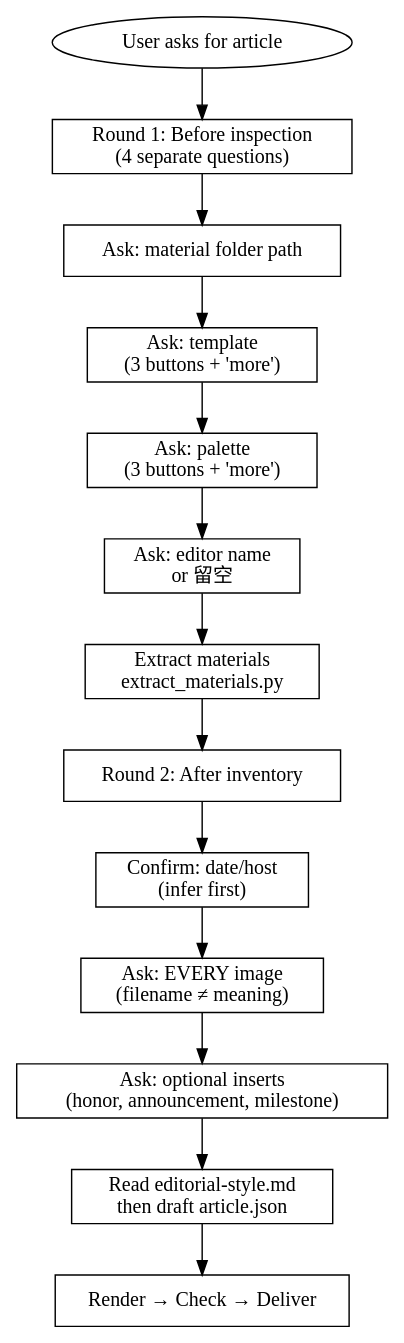
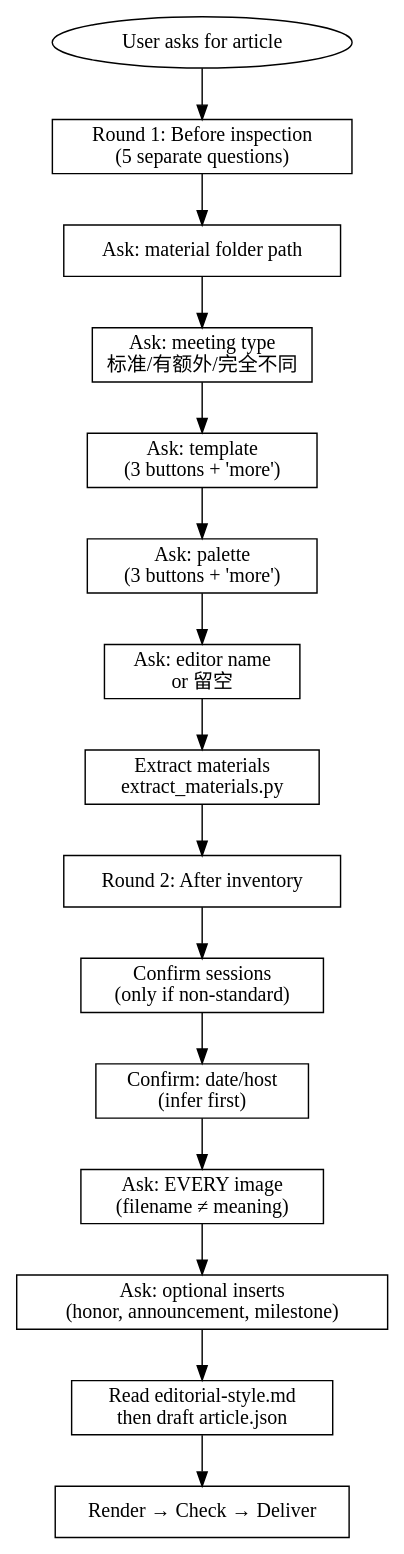
The diagram in SKILL.md (TTxiaohuang/wechat-meeting-article-skill), drawn with Graphviz before and after one commit. The commit also changed other lines of this file and 1 other file, not shown here.

Commit message:
feat: Round 1 新增会议类型提问，提前判断标准/非标流程

````diff
--- a/SKILL.md
+++ b/SKILL.md
@@ -38,25 +38,27 @@
 ```dot
 digraph intake_gate {
     rankdir=TB;
     node [shape=box];
 
     start [label="User asks for article" shape=ellipse];
-    r1 [label="Round 1: Before inspection\n(4 separate questions)"];
+    r1 [label="Round 1: Before inspection\n(5 separate questions)"];
     ask_folder [label="Ask: material folder path"];
+    ask_type [label="Ask: meeting type\n标准/有额外/完全不同"];
     ask_template [label="Ask: template\n(3 buttons + 'more')"];
     ask_palette [label="Ask: palette\n(3 buttons + 'more')"];
     ask_editor [label="Ask: editor name\nor 留空"];
     extract [label="Extract materials\nextract_materials.py"];
     r2 [label="Round 2: After inventory"];
+    ask_sessions [label="Confirm sessions\n(only if non-standard)"];
     ask_date [label="Confirm: date/host\n(infer first)"];
     ask_images [label="Ask: EVERY image\n(filename ≠ meaning)"];
     ask_inserts [label="Ask: optional inserts\n(honor, announcement, milestone)"];
     draft [label="Read editorial-style.md\nthen draft article.json"];
     render [label="Render → Check → Deliver"];
 
     start -> r1;
-    r1 -> ask_folder -> ask_template -> ask_palette -> ask_editor -> extract;
+    r1 -> ask_folder -> ask_type -> ask_template -> ask_palette -> ask_editor -> extract;
     extract -> r2;
-    r2 -> ask_date -> ask_images -> ask_inserts -> draft -> render;
+    r2 -> ask_sessions -> ask_date -> ask_images -> ask_inserts -> draft -> render;
 }
 ```
````
